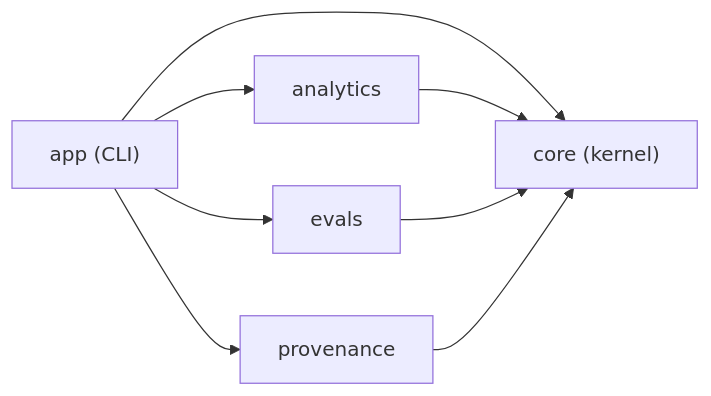
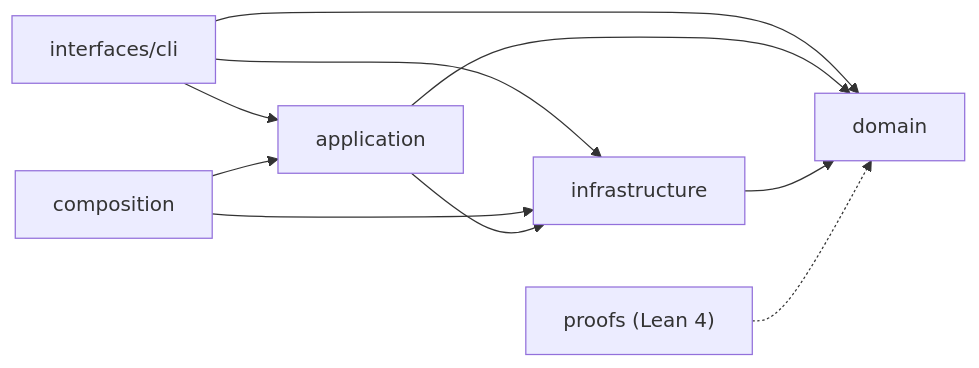
One commit to theagenticguy/claude-sql changed the diagram in docs/architecture/system-overview.md. Above: the diagram before and after it, drawn with Mermaid. The commit also changed other lines of this file and 279 other files, not shown here.

First line of the commit message:
feat(v2)!: hexagonal architecture — domain/application/infrastructure/interfaces (#159)

````diff
--- a/docs/architecture/system-overview.md
+++ b/docs/architecture/system-overview.md
@@ -32,16 +72,12 @@
 ```mermaid
 flowchart LR
-    app["app (CLI)"]
-    analytics["analytics"]
-    evals["evals"]
-    provenance["provenance"]
-    core["core (kernel)"]
-
-    app --> analytics
-    app --> evals
-    app --> provenance
-    app --> core
-    analytics --> core
-    evals --> core
-    provenance --> core
+    interfaces["interfaces/cli"] --> application
+    interfaces --> infrastructure
+    interfaces --> domain
+    composition["composition"] --> application
+    composition --> infrastructure
+    application --> infrastructure
+    application --> domain
+    infrastructure --> domain
+    proofs["proofs (Lean 4)"] -.-> domain
 ```
````
